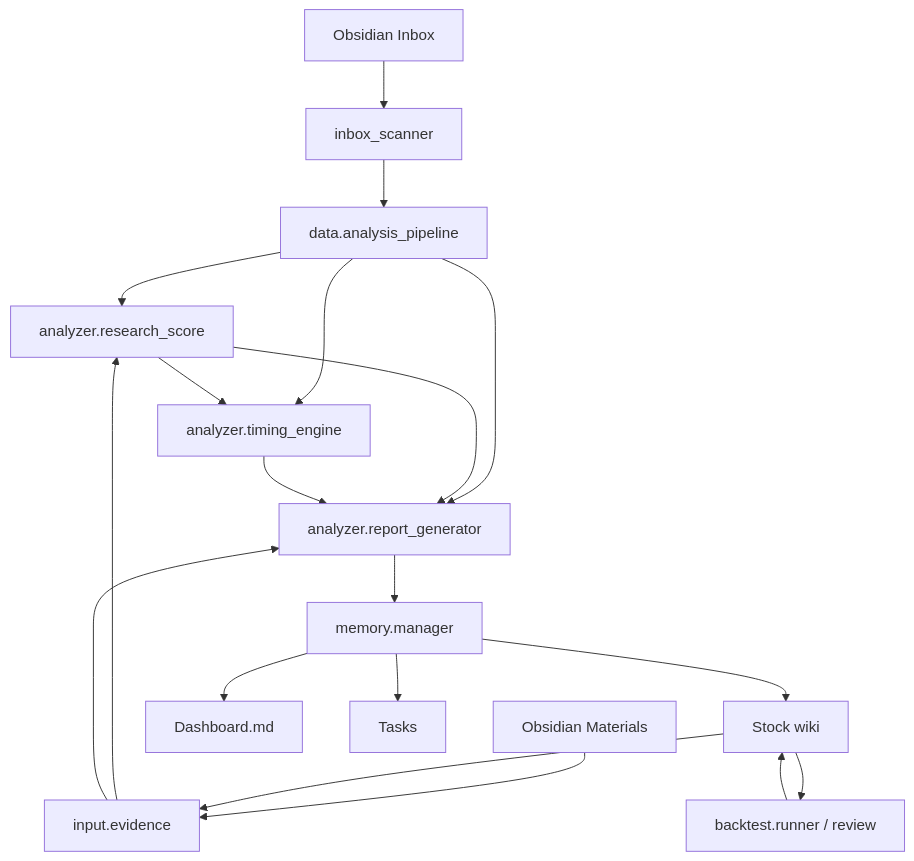
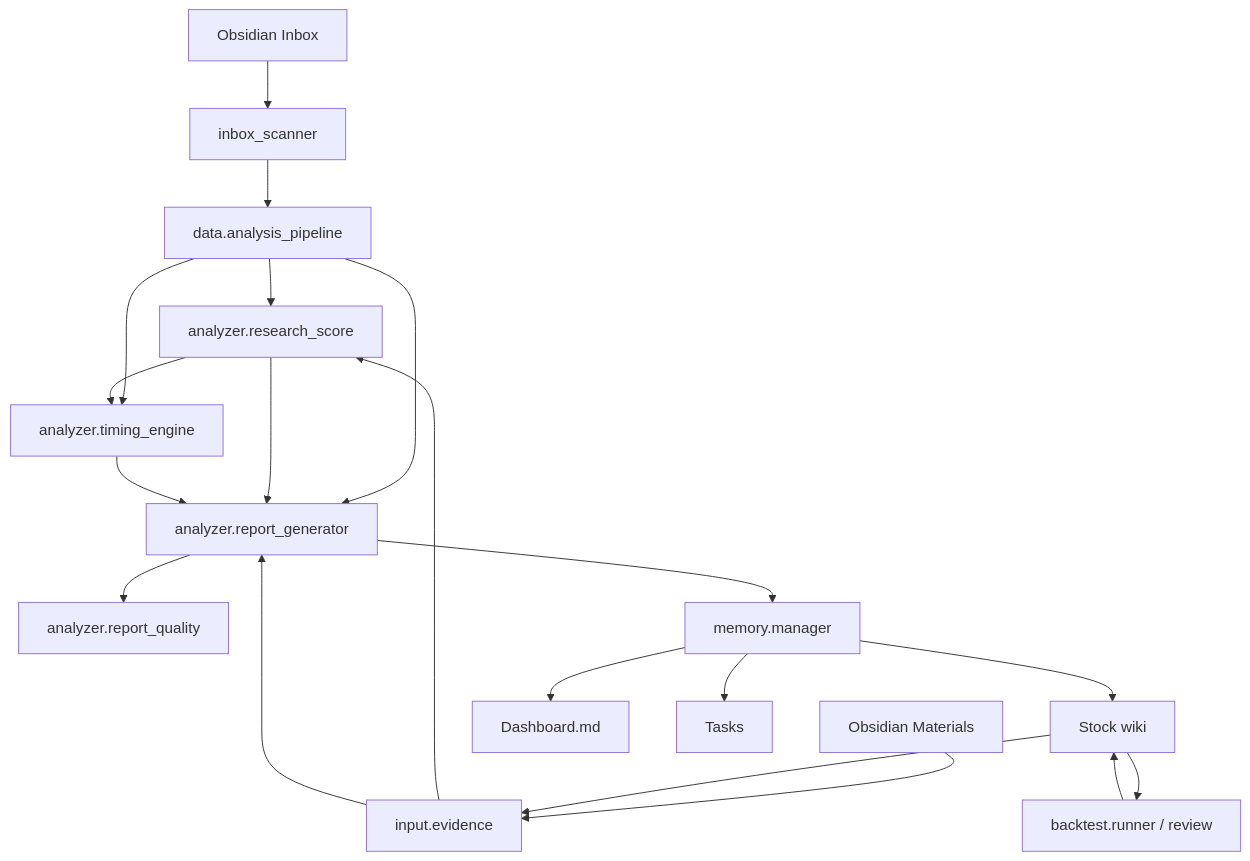
One commit to oliwill/Insight changed the diagram in docs/architecture.md. Above: the diagram before and after it, drawn with Mermaid. The commit also changed other lines of this file and 18 other files, not shown here.

````diff
--- a/docs/architecture.md
+++ b/docs/architecture.md
@@ -7,21 +7,22 @@
 ```mermaid
 flowchart TD
     Inbox[Obsidian Inbox] --> Scanner[inbox_scanner]
     Materials[Obsidian Materials] --> Evidence[input.evidence]
     Wiki[Stock wiki] --> Evidence
     Scanner --> Pipeline[data.analysis_pipeline]
     Pipeline --> Score[analyzer.research_score]
     Evidence --> Score
     Pipeline --> Timing[analyzer.timing_engine]
     Score --> Timing
     Pipeline --> Report[analyzer.report_generator]
     Score --> Report
     Timing --> Report
     Evidence --> Report
+    Report --> Quality[analyzer.report_quality]
     Report --> Memory[memory.manager]
     Memory --> Wiki
     Memory --> Dashboard[Dashboard.md]
     Memory --> Tasks[Tasks]
     Wiki --> Backtest[backtest.runner / review]
     Backtest --> Wiki
 ```
````
